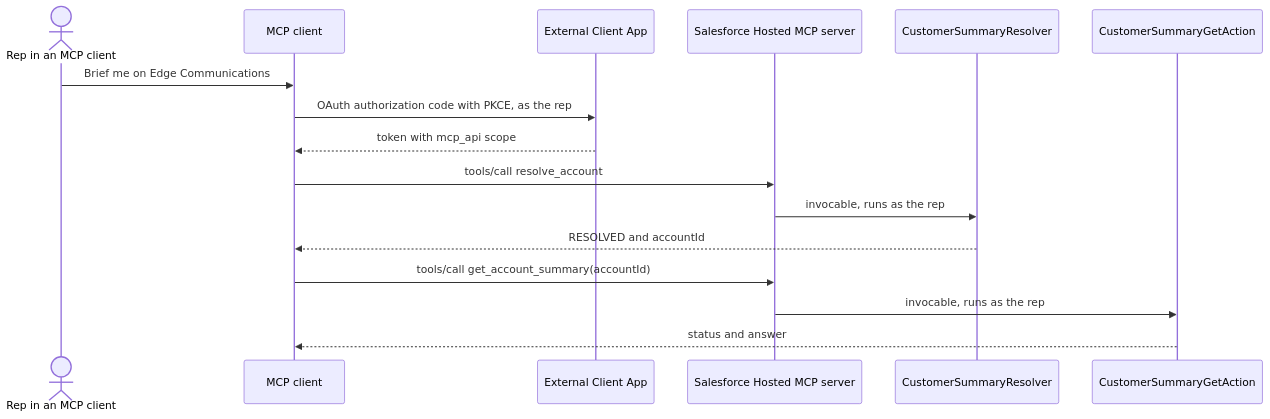
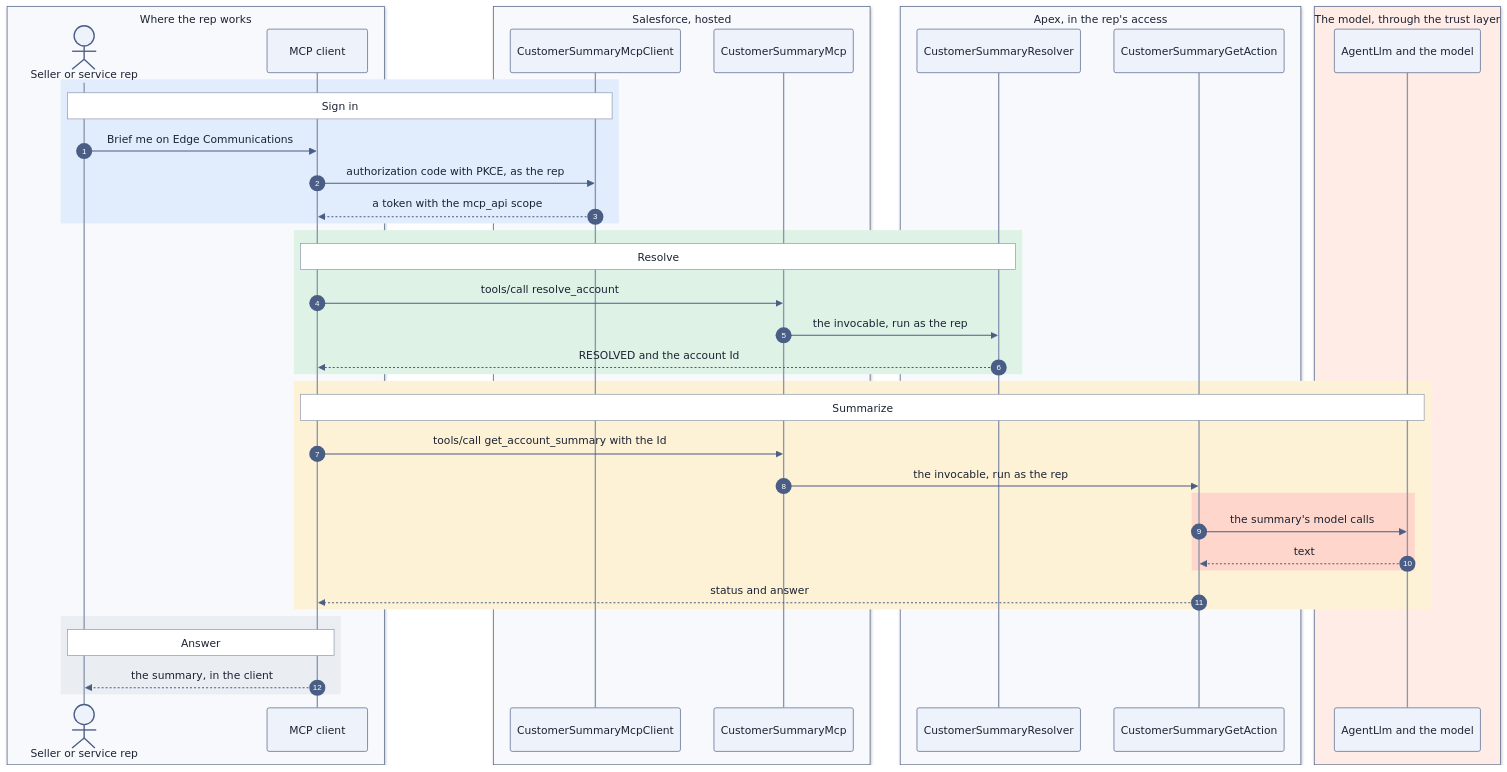
One commit to nelsben/generic-agent changed the first of 2 diagrams in docs/patterns/09-outside-door-mcp.md. Above: the diagram before and after it, drawn with Mermaid. The commit also changed other lines of this file and 16 other files, not shown here.

````diff
--- a/docs/patterns/09-outside-door-mcp.md
+++ b/docs/patterns/09-outside-door-mcp.md
@@ -38,18 +42,46 @@
 ```mermaid
+%%{init: {"theme": "base", "themeVariables": {"fontFamily": "-apple-system, BlinkMacSystemFont, Segoe UI, Helvetica, Arial, sans-serif", "fontSize": "15px", "primaryColor": "#EEF2FA", "primaryBorderColor": "#4A5D85", "primaryTextColor": "#1B2233", "secondaryColor": "#F4F6F9", "tertiaryColor": "#FFFFFF", "lineColor": "#4A5D85", "textColor": "#1B2233", "actorBkg": "#EEF2FA", "actorBorder": "#4A5D85", "actorTextColor": "#1B2233", "actorLineColor": "#8A96AD", "signalColor": "#4A5D85", "signalTextColor": "#1B2233", "labelBoxBkgColor": "#FFFFFF", "labelBoxBorderColor": "#4A5D85", "labelTextColor": "#1B2233", "loopTextColor": "#1B2233", "noteBkgColor": "#FFFFFF", "noteBorderColor": "#8A96AD", "noteTextColor": "#1B2233", "sequenceNumberColor": "#FFFFFF", "activationBkgColor": "#DDE4F2", "activationBorderColor": "#4A5D85", "clusterBkg": "#F7F9FC", "clusterBorder": "#8A96AD", "edgeLabelBackground": "#FFFFFF"}}}%%
 sequenceDiagram
-    actor U as Rep in an MCP client
-    participant CL as MCP client
-    participant ECA as External Client App
-    participant MCP as Salesforce Hosted MCP server
-    participant RA as CustomerSummaryResolver
-    participant GA as CustomerSummaryGetAction
-    U->>CL: Brief me on Edge Communications
-    CL->>ECA: OAuth authorization code with PKCE, as the rep
-    ECA-->>CL: token with mcp_api scope
-    CL->>MCP: tools/call resolve_account
-    MCP->>RA: invocable, runs as the rep
-    RA-->>CL: RESOLVED and accountId
-    CL->>MCP: tools/call get_account_summary(accountId)
-    MCP->>GA: invocable, runs as the rep
-    GA-->>CL: status and answer
+    autonumber
+    box rgb(247, 249, 252) Where the rep works
+        actor U as Seller or service rep
+        participant CL as MCP client
+    end
+    box rgb(247, 249, 252) Salesforce, hosted
+        participant ECA as CustomerSummaryMcpClient
+        participant MCP as CustomerSummaryMcp
+    end
+    box rgb(247, 249, 252) Apex, in the rep's access
+        participant RA as CustomerSummaryResolver
+        participant GA as CustomerSummaryGetAction
+    end
+    box rgb(255, 236, 230) The model, through the trust layer
+        participant L as AgentLlm and the model
+    end
+    rect rgb(225, 236, 252)
+        Note over U,ECA: Sign in
+        U->>CL: Brief me on Edge Communications
+        CL->>ECA: authorization code with PKCE, as the rep
+        ECA-->>CL: a token with the mcp_api scope
+    end
+    rect rgb(222, 243, 230)
+        Note over CL,RA: Resolve
+        CL->>MCP: tools/call resolve_account
+        MCP->>RA: the invocable, run as the rep
+        RA-->>CL: RESOLVED and the account Id
+    end
+    rect rgb(253, 242, 214)
+        Note over CL,L: Summarize
+        CL->>MCP: tools/call get_account_summary with the Id
+        MCP->>GA: the invocable, run as the rep
+        rect rgb(255, 214, 204)
+            GA->>L: the summary's model calls
+            L-->>GA: text
+        end
+        GA-->>CL: status and answer
+    end
+    rect rgb(234, 238, 242)
+        Note over U,CL: Answer
+        CL-->>U: the summary, in the client
+    end
 ```
````
